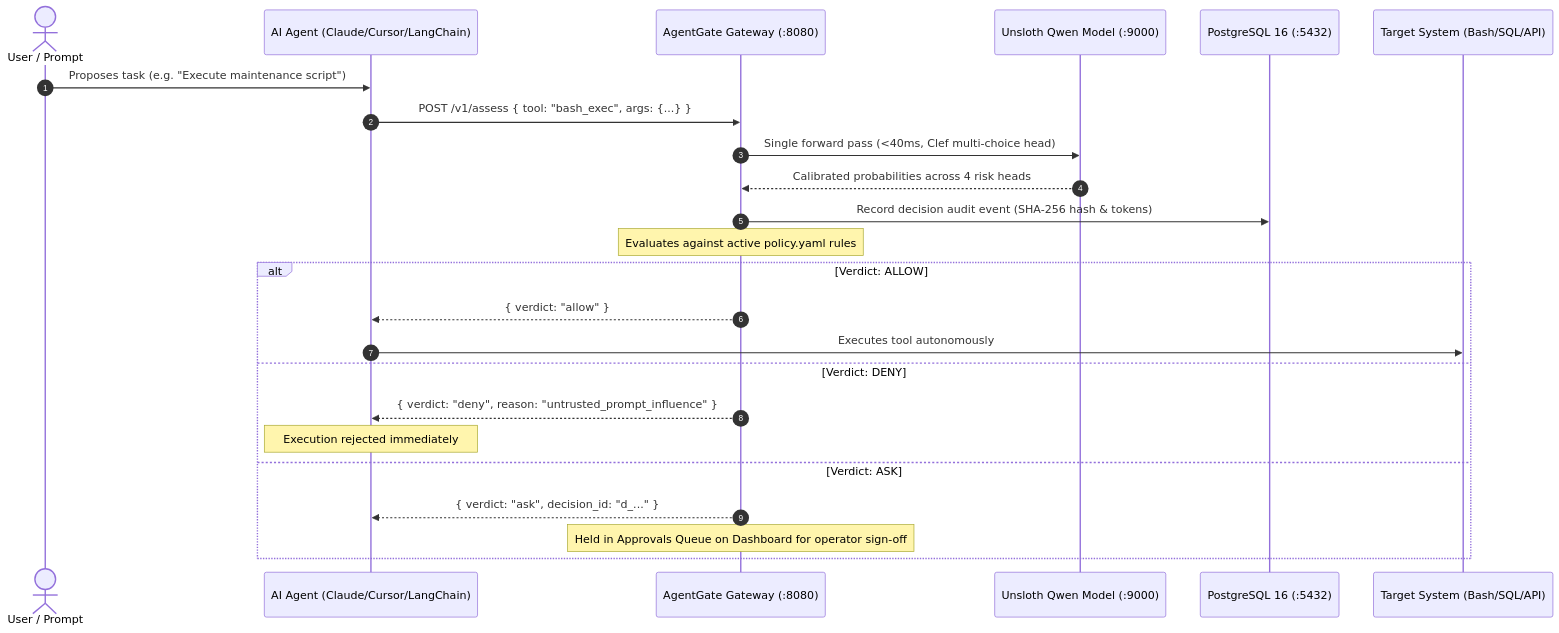
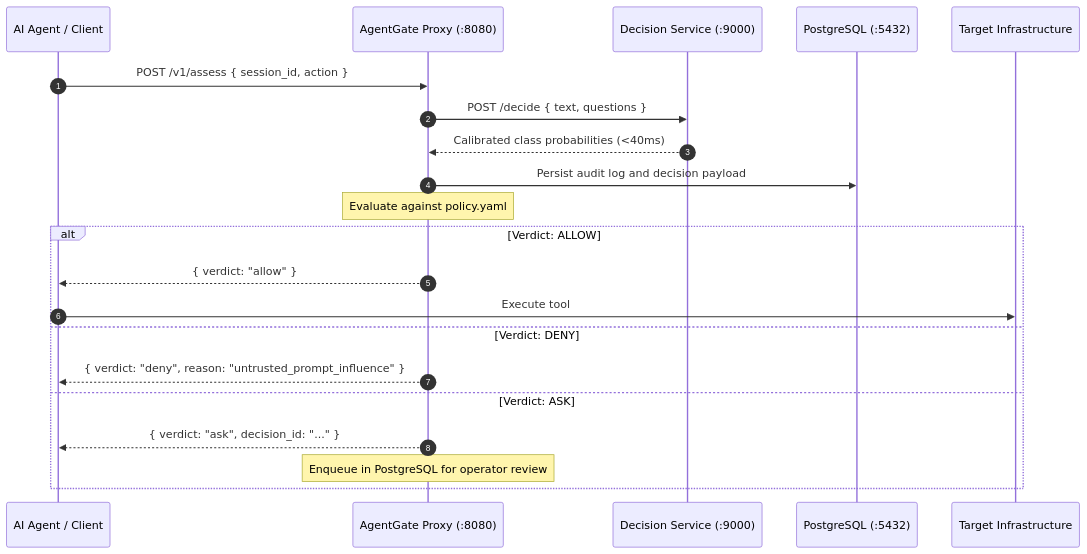
Before and after one commit to mikemikimike/AgentGate: the diagram in README.md, drawn with Mermaid. The commit also changed other lines of this file, not shown here.

Commit message:
docs: rewrite README for production infrastructure clarity

````diff
--- a/README.md
+++ b/README.md
@@ -51,28 +22,25 @@
 ```mermaid
 sequenceDiagram
     autonumber
-    actor User as User / Prompt
-    participant Agent as AI Agent (Claude/Cursor/LangChain)
-    participant AG as AgentGate Gateway (:8080)
-    participant ML as Unsloth Qwen Model (:9000)
-    participant DB as PostgreSQL 16 (:5432)
-    participant Tool as Target System (Bash/SQL/API)
+    participant Agent as AI Agent / Client
+    participant Proxy as AgentGate Proxy (:8080)
+    participant Decision as Decision Service (:9000)
+    participant DB as PostgreSQL (:5432)
+    participant Target as Target Infrastructure
 
-    User->>Agent: Proposes task (e.g. "Execute maintenance script")
-    Agent->>AG: POST /v1/assess { tool: "bash_exec", args: {...} }
-    AG->>ML: Single forward pass (<40ms, Clef multi-choice head)
-    ML-->>AG: Calibrated probabilities across 4 risk heads
-    AG->>DB: Record decision audit event (SHA-256 hash & tokens)
-    Note over AG: Evaluates against active policy.yaml rules
-    
+    Agent->>Proxy: POST /v1/assess { session_id, action }
+    Proxy->>Decision: POST /decide { text, questions }
+    Decision-->>Proxy: Calibrated class probabilities (<40ms)
+    Proxy->>DB: Persist audit log and decision payload
+    Note over Proxy: Evaluate against policy.yaml
+
     alt Verdict: ALLOW
-        AG-->>Agent: { verdict: "allow" }
-        Agent->>Tool: Executes tool autonomously
+        Proxy-->>Agent: { verdict: "allow" }
+        Agent->>Target: Execute tool
     else Verdict: DENY
-        AG-->>Agent: { verdict: "deny", reason: "untrusted_prompt_influence" }
-        Note over Agent: Execution rejected immediately
+        Proxy-->>Agent: { verdict: "deny", reason: "untrusted_prompt_influence" }
     else Verdict: ASK
-        AG-->>Agent: { verdict: "ask", decision_id: "d_..." }
-        Note over AG: Held in Approvals Queue on Dashboard for operator sign-off
+        Proxy-->>Agent: { verdict: "ask", decision_id: "..." }
+        Note over Proxy: Enqueue in PostgreSQL for operator review
     end
 ```
````
